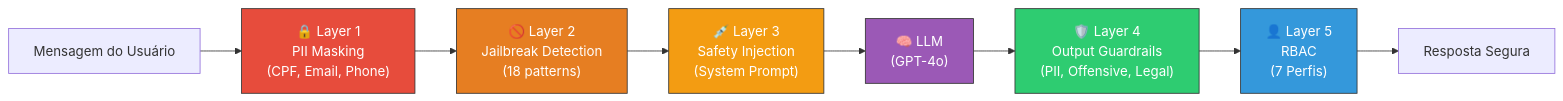
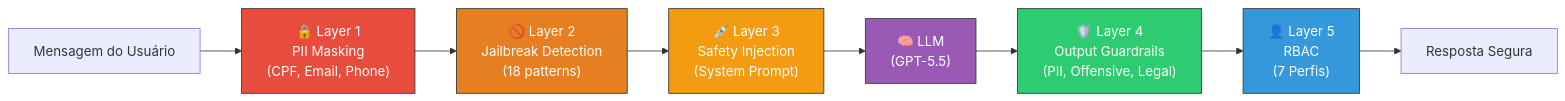
The third of 4 diagrams in README.md (alvarobastos-alis/airops-papagaiofly), drawn with Mermaid before and after one commit. The commit also changed other lines of this file, not shown here.

````diff
--- a/README.md
+++ b/README.md
@@ -139,17 +159,17 @@
 ```mermaid
 graph LR
     INPUT["Mensagem do Usuário"] --> L1["🔒 Layer 1<br/>PII Masking<br/>(CPF, Email, Phone)"]
     L1 --> L2["🚫 Layer 2<br/>Jailbreak Detection<br/>(18 patterns)"]
     L2 --> L3["💉 Layer 3<br/>Safety Injection<br/>(System Prompt)"]
-    L3 --> LLM["🧠 LLM<br/>(GPT-4o)"]
+    L3 --> LLM["🧠 LLM<br/>(GPT-5.5)"]
     LLM --> L4["🛡️ Layer 4<br/>Output Guardrails<br/>(PII, Offensive, Legal)"]
     L4 --> L5["👤 Layer 5<br/>RBAC<br/>(7 Perfis)"]
     L5 --> OUTPUT["Resposta Segura"]
 
     style L1 fill:#e74c3c,stroke:#333,color:#fff
     style L2 fill:#e67e22,stroke:#333,color:#fff
     style L3 fill:#f39c12,stroke:#333,color:#fff
     style L4 fill:#2ecc71,stroke:#333,color:#fff
     style L5 fill:#3498db,stroke:#333,color:#fff
     style LLM fill:#9b59b6,stroke:#333,color:#fff
 ```
````
